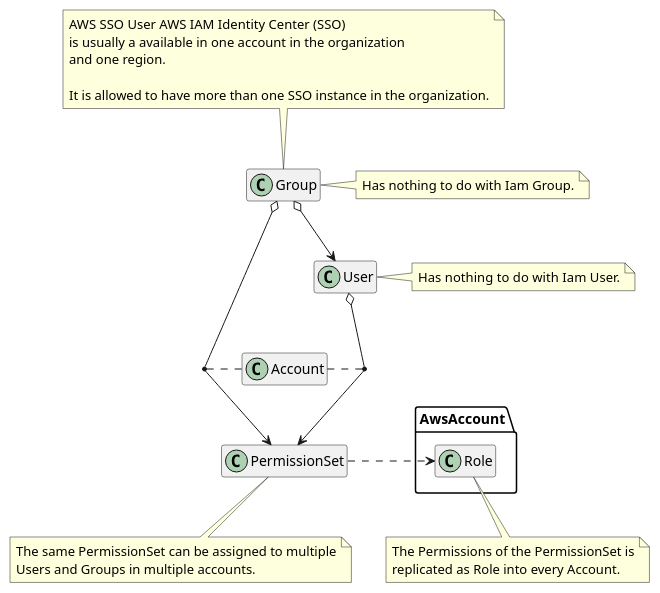
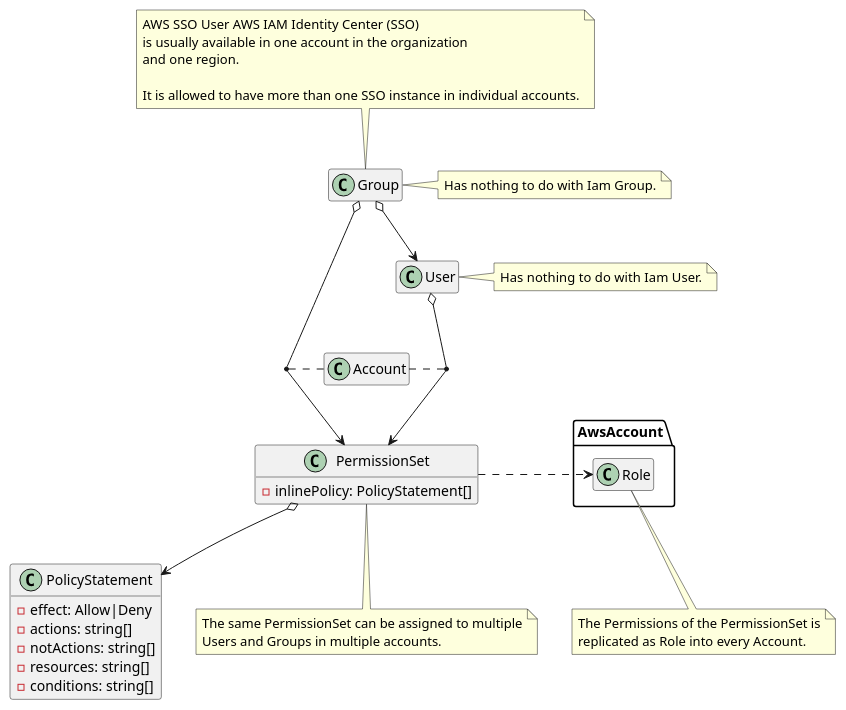
One commit to someengineering/fixinventory changed the diagram in plugins/aws/docs/sso.puml. Above: the diagram before and after it, drawn with PlantUML. The commit also changed 1 other file, not shown here.

```diff
--- a/plugins/aws/docs/sso.puml
+++ b/plugins/aws/docs/sso.puml
@@ -1,47 +1,58 @@
 @startuml
 
 hide empty members
 
 
 class User
 class Group
-class PermissionSet
+class PermissionSet {
+  - inlinePolicy: PolicyStatement[]
+}
 
 Group o--> User
 User o--> PermissionSet
 Group o--> PermissionSet
 
 (Group, PermissionSet) .. Account
 Account .. (User, PermissionSet)
 
 package AwsAccount {
 class Role
 PermissionSet .> Role
 }
 
 note bottom of AwsAccount.Role
 The Permissions of the PermissionSet is
 replicated as Role into every Account.
 end note
 
+class PolicyStatement {
+  - effect: Allow|Deny
+  - actions: string[]
+  - notActions: string[]
+  - resources: string[]
+  - conditions: string[]
+}
+PermissionSet o--> PolicyStatement
+
 note bottom of PermissionSet
 The same PermissionSet can be assigned to multiple
 Users and Groups in multiple accounts.
 end note
 note right of User
 Has nothing to do with Iam User.
 end note
 note right of Group
 Has nothing to do with Iam Group.
 end note
 
 
 
 note top of Group
 AWS SSO User AWS IAM Identity Center (SSO)
-is usually a available in one account in the organization
+is usually available in one account in the organization
 and one region.
 
-It is allowed to have more than one SSO instance in the organization.
+It is allowed to have more than one SSO instance in individual accounts.
 end note
 @enduml
```
